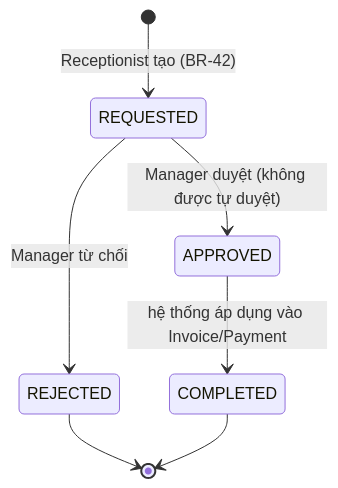
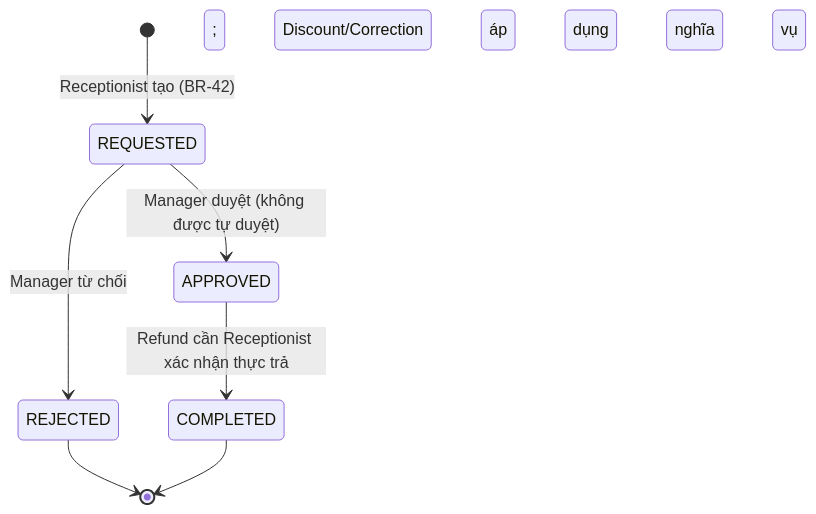
One commit to SWP391-SportHub-Group4/sports-center-management-system changed the sixth of 7 diagrams in docs/Center-Management-System-Design-v2.md. Above: the diagram before and after it, drawn with Mermaid. The commit also changed other lines of this file and 10 other files, not shown here.

````diff
--- a/docs/Center-Management-System-Design-v2.md
+++ b/docs/Center-Management-System-Design-v2.md
@@ -380,9 +430,9 @@
 ```mermaid
 stateDiagram-v2
     [*] --> REQUESTED: Receptionist tạo (BR-42)
     REQUESTED --> APPROVED: Manager duyệt (không được tự duyệt)
     REQUESTED --> REJECTED: Manager từ chối
-    APPROVED --> COMPLETED: hệ thống áp dụng vào Invoice/Payment
+    APPROVED --> COMPLETED: Refund cần Receptionist xác nhận thực trả; Discount/Correction áp dụng nghĩa vụ
     REJECTED --> [*]
     COMPLETED --> [*]
 ```
````
